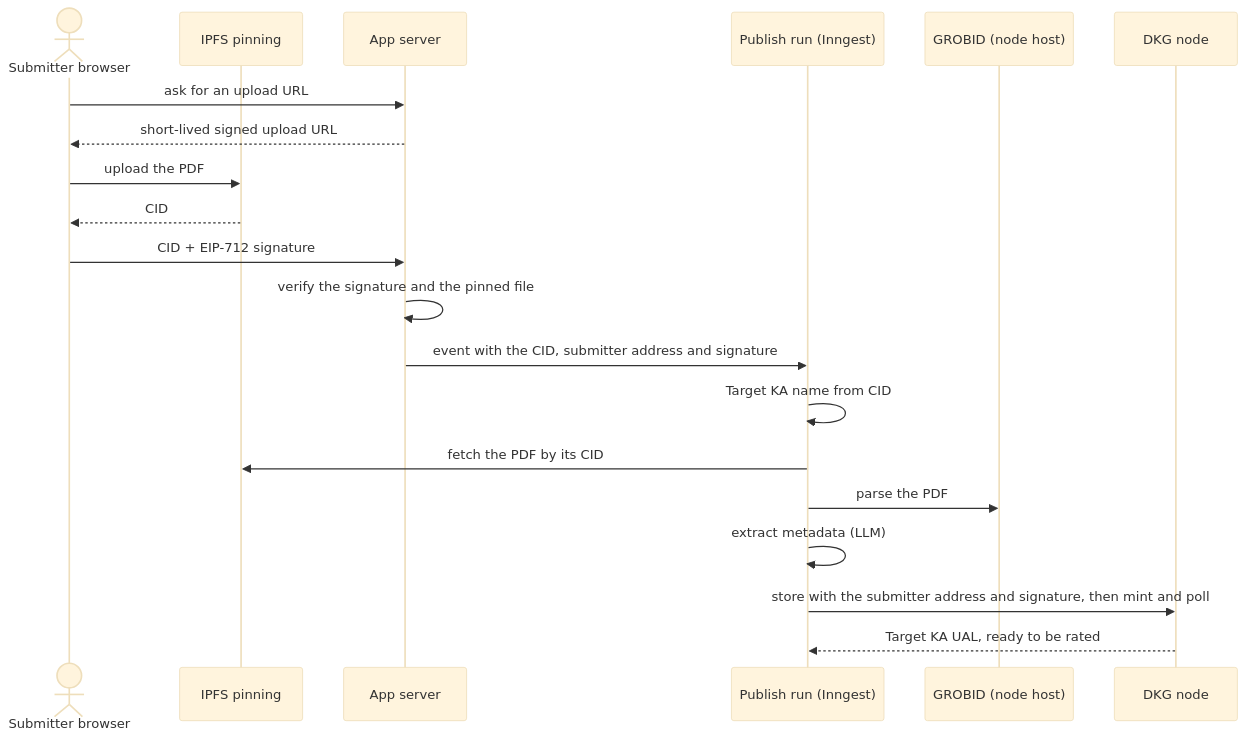
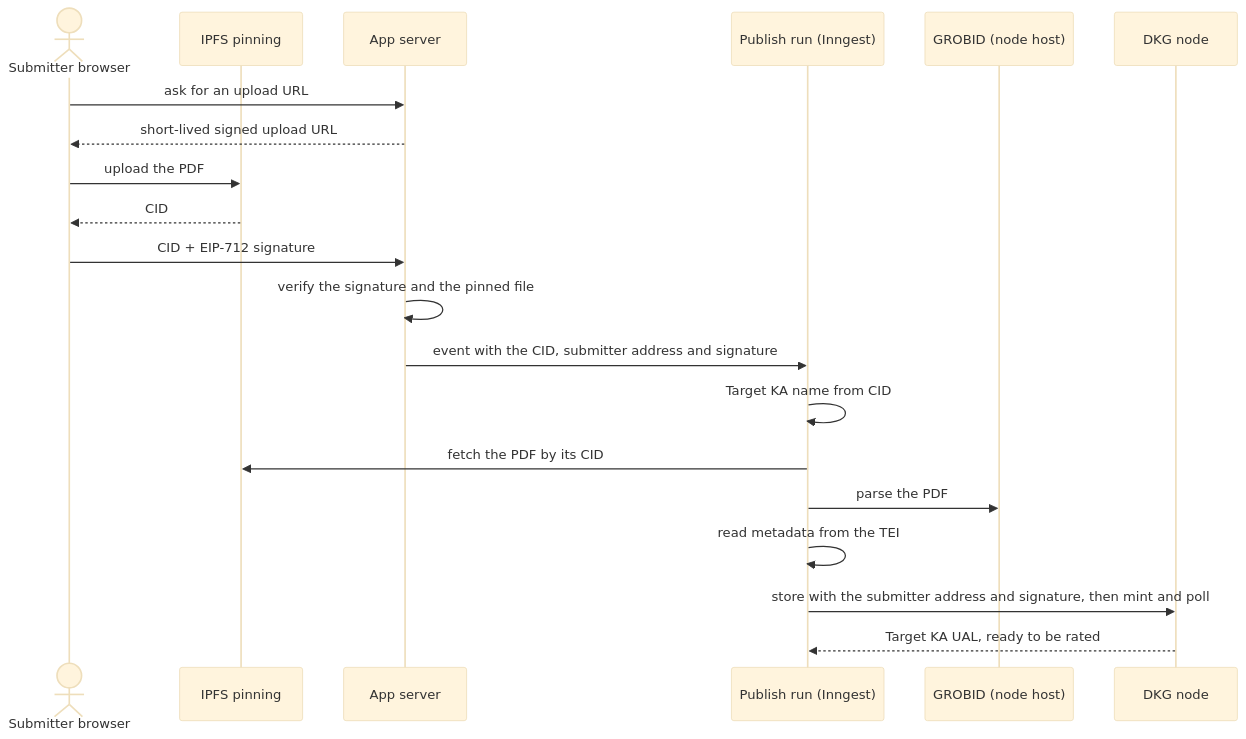
The second of 3 diagrams in README.md (SiegfriedBz/verisci), drawn with Mermaid (base theme) before and after one commit. The commit also changed other lines of this file and 6 other files, not shown here.

````diff
--- a/README.md
+++ b/README.md
@@ -95,22 +96,22 @@
 ```mermaid
 sequenceDiagram
   actor U as Submitter browser
   participant P as IPFS pinning
   participant A as App server
   participant R as Publish run (Inngest)
   participant G as GROBID (node host)
   participant N as DKG node
   U->>A: ask for an upload URL
   A-->>U: short-lived signed upload URL
   U->>P: upload the PDF
   P-->>U: CID
   U->>A: CID + EIP-712 signature
   A->>A: verify the signature and the pinned file
   A->>R: event with the CID, submitter address and signature
   R->>R: Target KA name from CID
   R->>P: fetch the PDF by its CID
   R->>G: parse the PDF
-  R->>R: extract metadata (LLM)
+  R->>R: read metadata from the TEI
   R->>N: store with the submitter address and signature, then mint and poll
   N-->>R: Target KA UAL, ready to be rated
 ```
````
